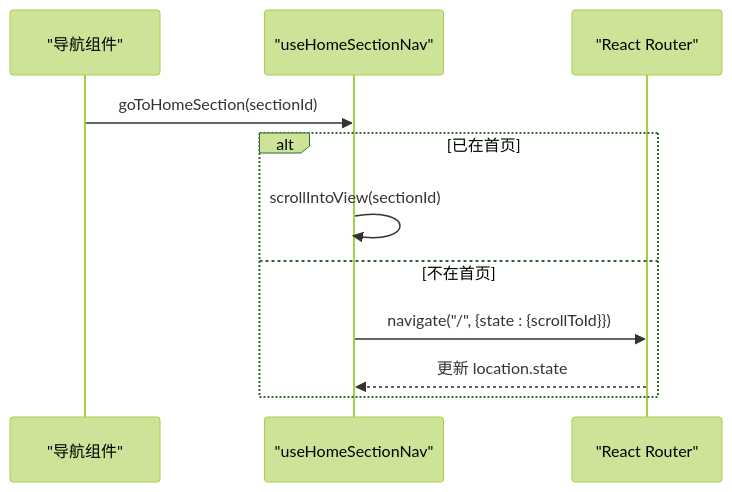
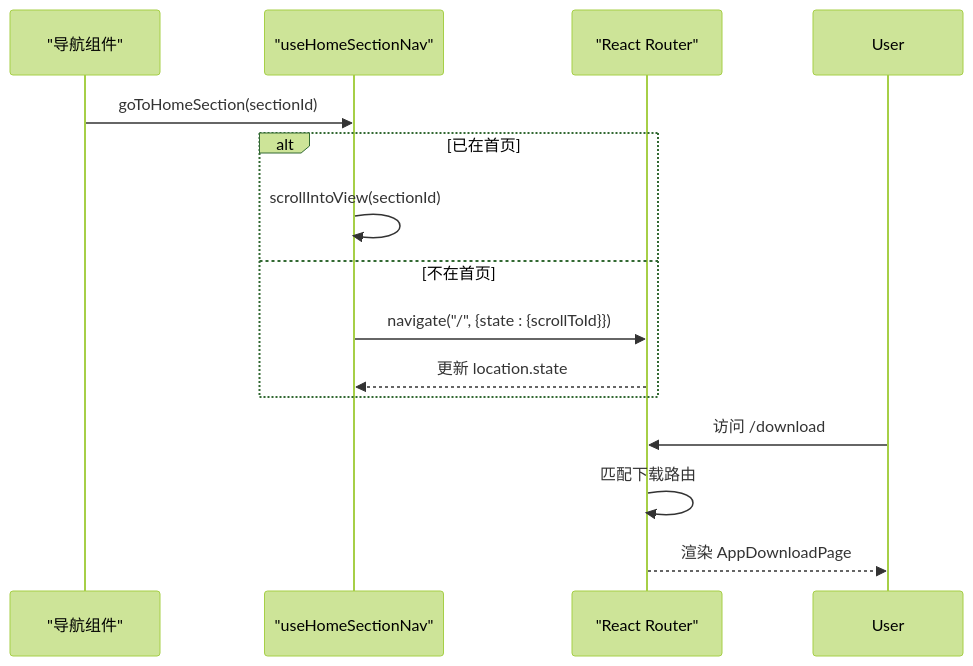
The sixth of 8 diagrams in .qoder/repowiki/zh/content/架构设计/路由系统设计.md (BlackWhiteBlock/med-vault-website), drawn with Mermaid (forest theme) before and after one commit. The commit also changed other lines of this file and 14 other files, not shown here.

````diff
--- a/.qoder/repowiki/zh/content/架构设计/路由系统设计.md
+++ b/.qoder/repowiki/zh/content/架构设计/路由系统设计.md
@@ -224,13 +243,16 @@
 ```mermaid
 sequenceDiagram
 participant Nav as "导航组件"
 participant Hook as "useHomeSectionNav"
 participant RR as "React Router"
 Nav->>Hook : goToHomeSection(sectionId)
 alt 已在首页
 Hook->>Hook : scrollIntoView(sectionId)
 else 不在首页
 Hook->>RR : navigate("/", {state : {scrollToId}})
 RR-->>Hook : 更新 location.state
 end
+User->>RR : 访问 /download
+RR->>RR : 匹配下载路由
+RR-->>User : 渲染 AppDownloadPage
 ```
````
